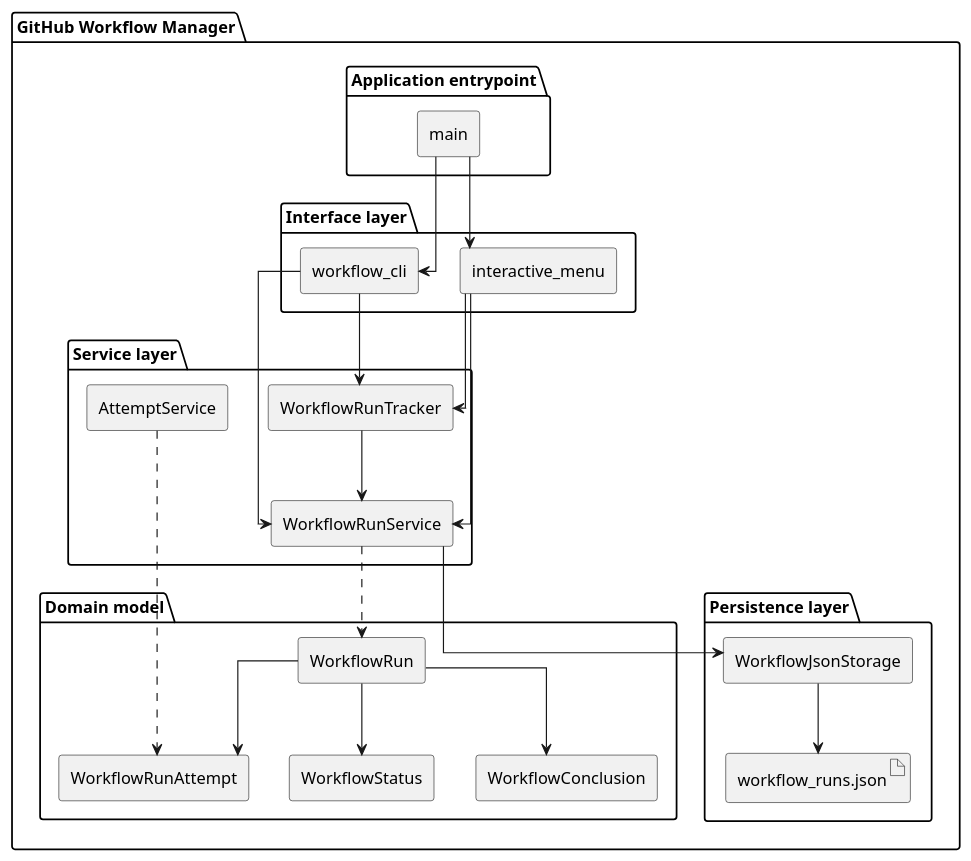
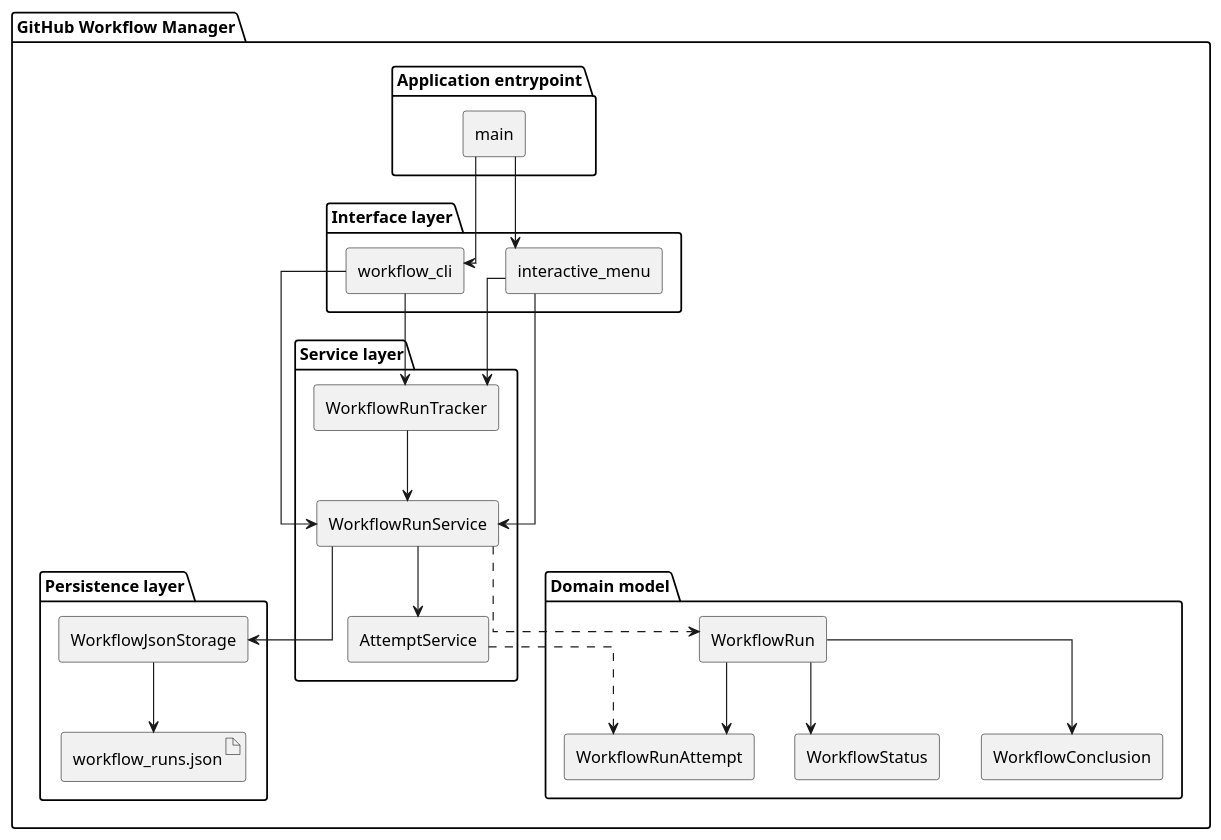
One commit to DanielRiha8906/Software_autoevolution_using_agents changed the diagram in experiments/pipeline/test_driven/github-workflow-manager/artifacts/component_diagram.puml. Above: the diagram before and after it, drawn with PlantUML. The commit also changed 9 other files, not shown here.

```diff
--- a/experiments/pipeline/test_driven/github-workflow-manager/artifacts/component_diagram.puml
+++ b/experiments/pipeline/test_driven/github-workflow-manager/artifacts/component_diagram.puml
@@ -1,57 +1,59 @@
 @startuml component_diagram
 
 skinparam componentStyle rectangle
 skinparam linetype ortho
 top to bottom direction
 
 package "GitHub Workflow Manager" {
 
   package "Application entrypoint" {
     component "main" as MAIN
   }
 
   package "Interface layer" {
     component "workflow_cli" as CLI
     component "interactive_menu" as IM
   }
 
   package "Service layer" {
     component "WorkflowRunTracker" as TRACKER
     component "WorkflowRunService" as SVC
     component "AttemptService" as ATTEMPT_SVC
   }
 
   package "Persistence layer" {
     component "WorkflowJsonStorage" as STOR
     artifact "workflow_runs.json" as JSON_FILE
   }
 
   package "Domain model" {
     component "WorkflowRun" as RUN
     component "WorkflowRunAttempt" as ATTEMPT
     component "WorkflowStatus" as STATUS
     component "WorkflowConclusion" as CONCLUSION
   }
 }
 
 MAIN --> CLI
 MAIN --> IM
 
 CLI --> TRACKER
 IM --> TRACKER
 
 CLI --> SVC
 IM --> SVC
 
 TRACKER --> SVC
 SVC --> STOR
 STOR --> JSON_FILE
 
+SVC --> ATTEMPT_SVC
+
 SVC ..> RUN
 RUN --> ATTEMPT
 RUN --> STATUS
 RUN --> CONCLUSION
 
 ATTEMPT_SVC ..> ATTEMPT
 
 @enduml
```
